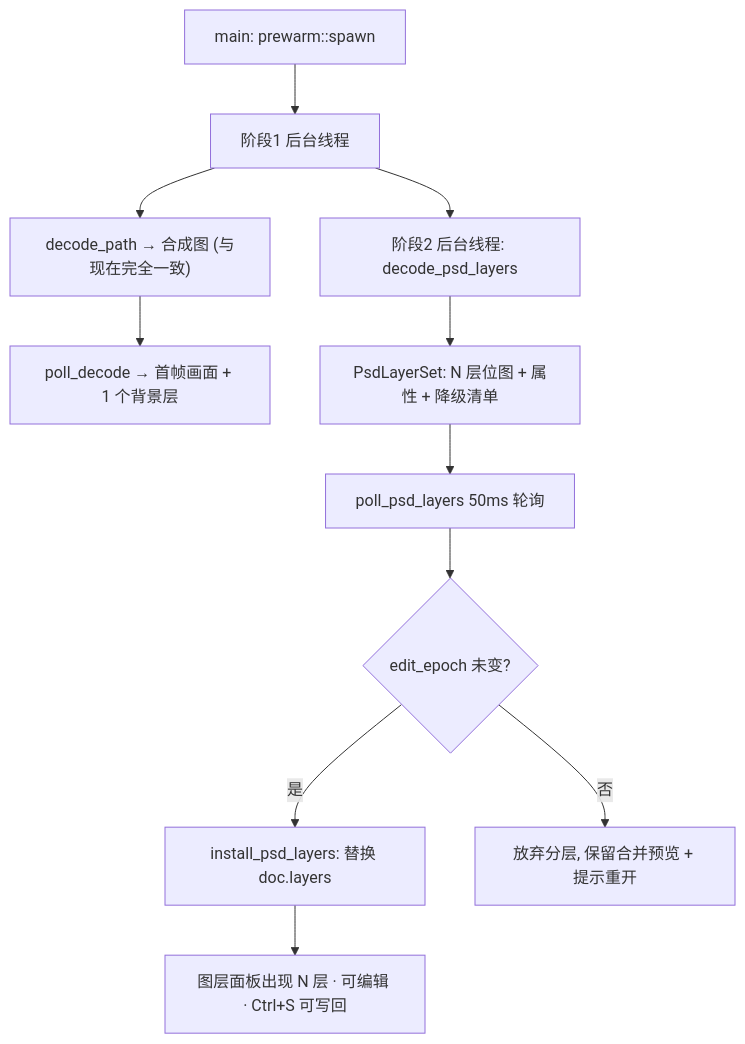
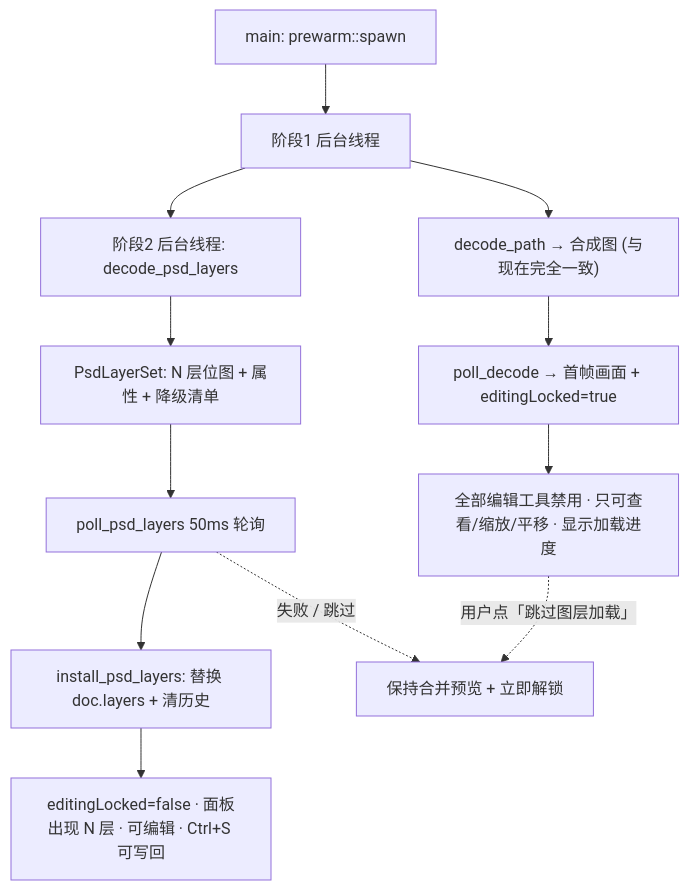
One commit to McvCar/OpenImageEdit changed the second of 2 diagrams in docs/PSD分层可编辑-B方案.md. Above: the diagram before and after it, drawn with Mermaid. The commit also changed other lines of this file and 2 other files, not shown here.

First line of the commit message:
docs+build: PSD 方案改为加载期间禁编辑；打包编译加 1 分钟存活心跳

````diff
--- a/docs/PSD分层可编辑-B方案.md
+++ b/docs/PSD分层可编辑-B方案.md
@@ -100,13 +102,14 @@
 ```mermaid
 flowchart TD
   A[main: prewarm::spawn] --> B[阶段1 后台线程]
   B --> C["decode_path → 合成图 (与现在完全一致)"]
-  C --> D[poll_decode → 首帧画面 + 1 个背景层]
+  C --> D["poll_decode → 首帧画面 + editingLocked=true"]
+  D --> L["全部编辑工具禁用 · 只可查看/缩放/平移 · 显示加载进度"]
   B --> E[阶段2 后台线程: decode_psd_layers]
   E --> F[PsdLayerSet: N 层位图 + 属性 + 降级清单]
   F --> G[poll_psd_layers 50ms 轮询]
-  G --> H{edit_epoch 未变?}
-  H -->|是| I[install_psd_layers: 替换 doc.layers]
-  H -->|否| J[放弃分层, 保留合并预览 + 提示重开]
-  I --> K[图层面板出现 N 层 · 可编辑 · Ctrl+S 可写回]
+  G --> H["install_psd_layers: 替换 doc.layers + 清历史"]
+  H --> K["editingLocked=false · 面板出现 N 层 · 可编辑 · Ctrl+S 可写回"]
+  G -.失败 / 跳过.-> M["保持合并预览 + 立即解锁"]
+  L -.用户点「跳过图层加载」.-> M
 ```
````
